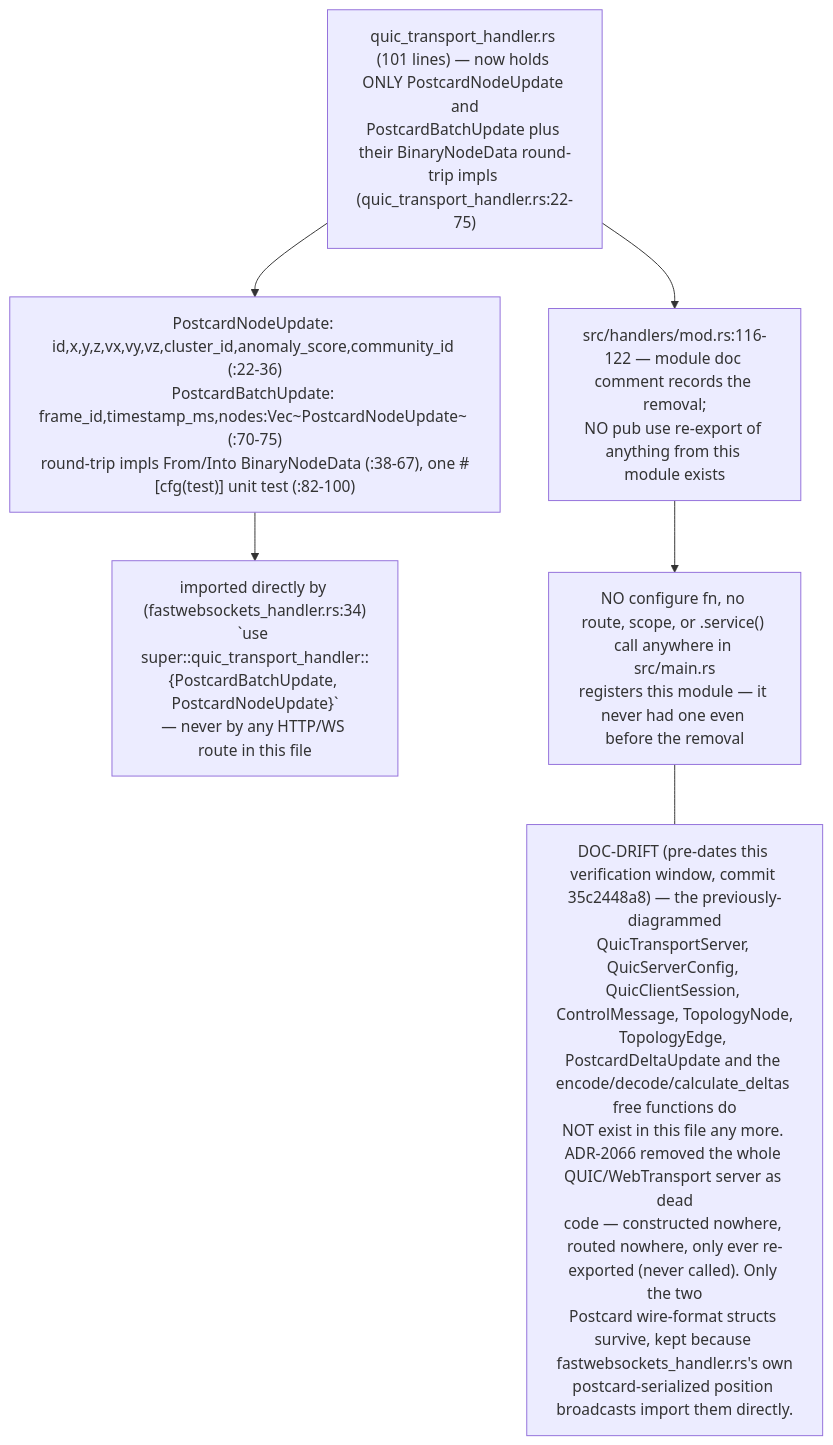
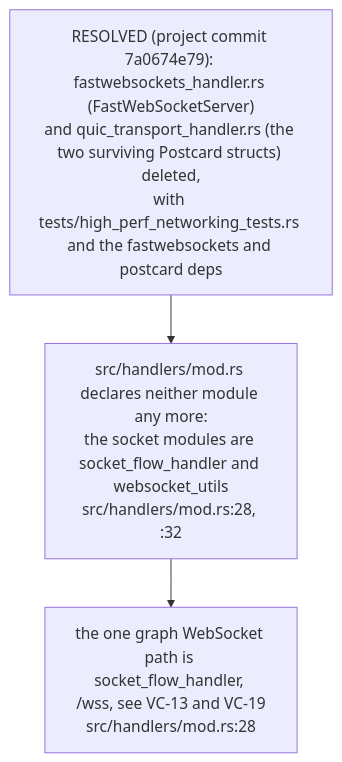
One commit to DreamLab-AI/VisionFlow changed diagram 24 of 24 in docs/diagrams/visionclaw/04-handlers-graph-and-state.md. Above: the diagram before and after it, drawn with Mermaid. The commit also changed other lines of this file and 46 other files, not shown here.

Commit message:
docs(diagrams): re-verify VisionClaw topics at 809a859aa/a950f4d80 after the consolidation pass

````diff
--- a/docs/diagrams/visionclaw/04-handlers-graph-and-state.md
+++ b/docs/diagrams/visionclaw/04-handlers-graph-and-state.md
@@ -1167,12 +1199,7 @@
 ```mermaid
 flowchart TB
-    Q["quic_transport_handler.rs (101 lines) — now holds ONLY PostcardNodeUpdate and<br/>PostcardBatchUpdate plus their BinaryNodeData round-trip impls (quic_transport_handler.rs:22-75)"]
-    FIELDS["PostcardNodeUpdate: id,x,y,z,vx,vy,vz,cluster_id,anomaly_score,community_id (:22-36)<br/>PostcardBatchUpdate: frame_id,timestamp_ms,nodes:Vec~PostcardNodeUpdate~ (:70-75)<br/>round-trip impls From/Into BinaryNodeData (:38-67), one #[cfg(test)] unit test (:82-100)"]
-    IMP["imported directly by (fastwebsockets_handler.rs:34)<br/>`use super::quic_transport_handler::{PostcardBatchUpdate, PostcardNodeUpdate}`<br/>— never by any HTTP/WS route in this file"]
-    MODRS["src/handlers/mod.rs:116-122 — module doc comment records the removal;<br/>NO pub use re-export of anything from this module exists"]
-    NONE["NO configure fn, no route, scope, or .service() call anywhere in src/main.rs<br/>registers this module — it never had one even before the removal"]
-    Q --> FIELDS --> IMP
-    Q --> MODRS --> NONE
-    D1["DOC-DRIFT (pre-dates this verification window, commit 35c2448a8) — the previously-diagrammed<br/>QuicTransportServer, QuicServerConfig, QuicClientSession, ControlMessage, TopologyNode,<br/>TopologyEdge, PostcardDeltaUpdate and the encode/decode/calculate_deltas free functions do<br/>NOT exist in this file any more. ADR-2066 removed the whole QUIC/WebTransport server as dead<br/>code — constructed nowhere, routed nowhere, only ever re-exported (never called). Only the two<br/>Postcard wire-format structs survive, kept because fastwebsockets_handler.rs's own<br/>postcard-serialized position broadcasts import them directly."]
-    NONE --- D1
+    DEL["RESOLVED (project commit 7a0674e79): fastwebsockets_handler.rs (FastWebSocketServer)<br/>and quic_transport_handler.rs (the two surviving Postcard structs) deleted,<br/>with tests/high_perf_networking_tests.rs and the fastwebsockets and postcard deps"]
+    MOD["src/handlers/mod.rs declares neither module any more:<br/>the socket modules are socket_flow_handler and websocket_utils<br/>src/handlers/mod.rs:28, :32"]
+    WSS["the one graph WebSocket path is socket_flow_handler, /wss, see VC-13 and VC-19<br/>src/handlers/mod.rs:28"]
+    DEL --> MOD --> WSS
 ```
````
